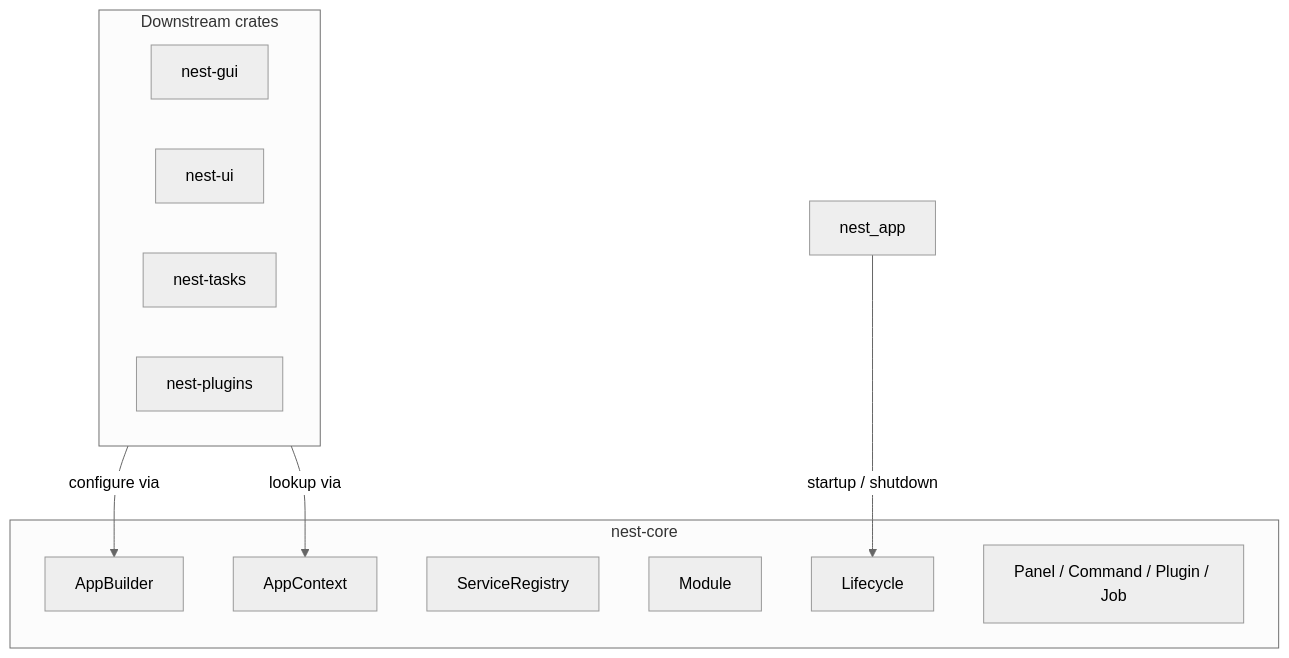
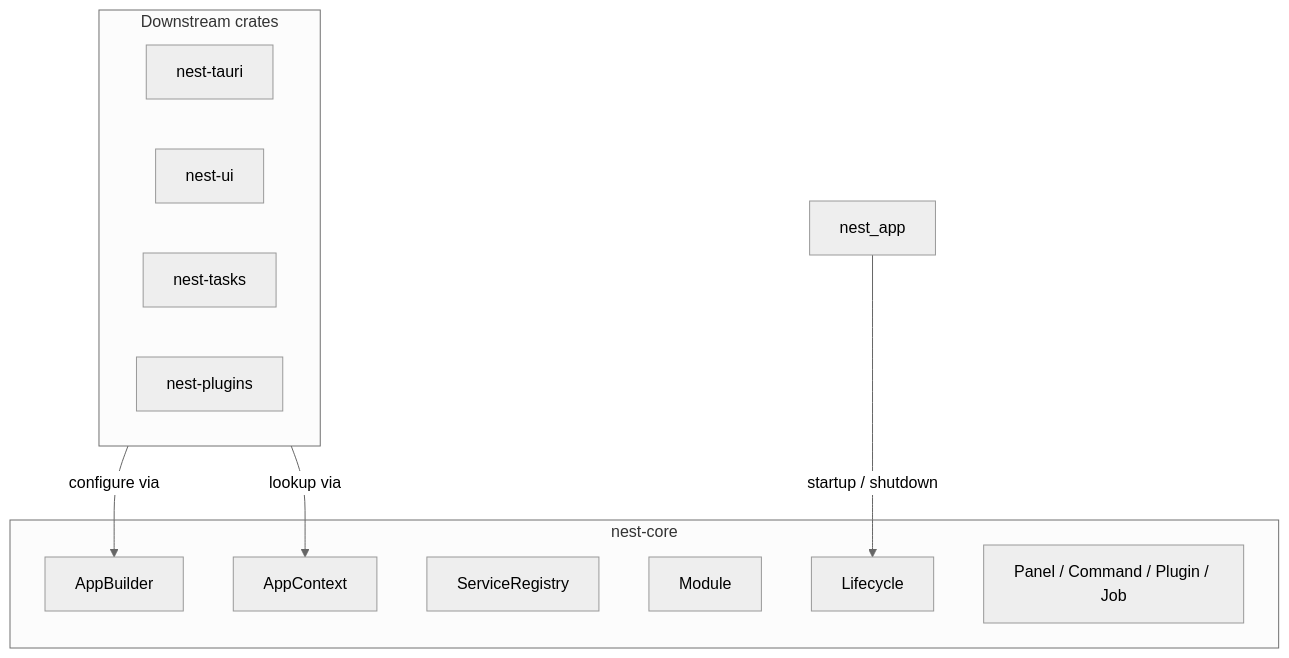
One commit to pacificnm/nest changed the diagram in docs/nest-core/overview.md. Above: the diagram before and after it, drawn with Mermaid (neutral theme). The commit also changed other lines of this file and 131 other files, not shown here.

First line of the commit message:
Add Tauri desktop platform, nest-data-postgres, and Swift product docs.

````diff
--- a/docs/nest-core/overview.md
+++ b/docs/nest-core/overview.md
@@ -48,22 +48,22 @@
 ```mermaid
 flowchart TB
     subgraph core [nest-core]
         AppBuilder
         AppContext
         ServiceRegistry
         Module
         Lifecycle
         ExtensionTraits[Panel / Command / Plugin / Job]
     end
 
     subgraph consumers [Downstream crates]
-        nest_gui[nest-gui]
+        nest_tauri[nest-tauri]
         nest_ui[nest-ui]
         nest_tasks[nest-tasks]
         nest_plugins[nest-plugins]
     end
 
     consumers -->|configure via| AppBuilder
     consumers -->|lookup via| AppContext
     nest_app -->|startup / shutdown| Lifecycle
 ```
````
